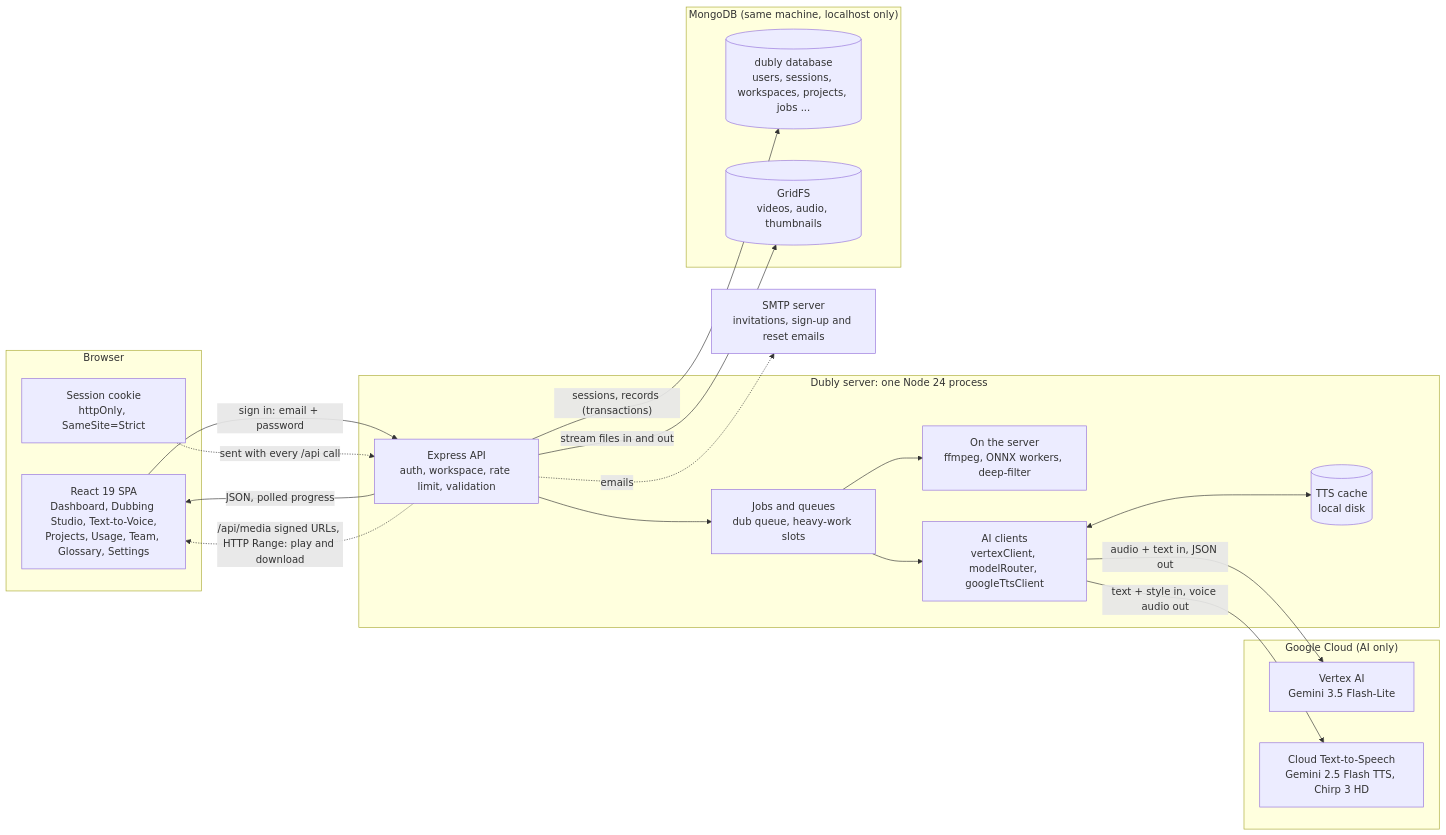
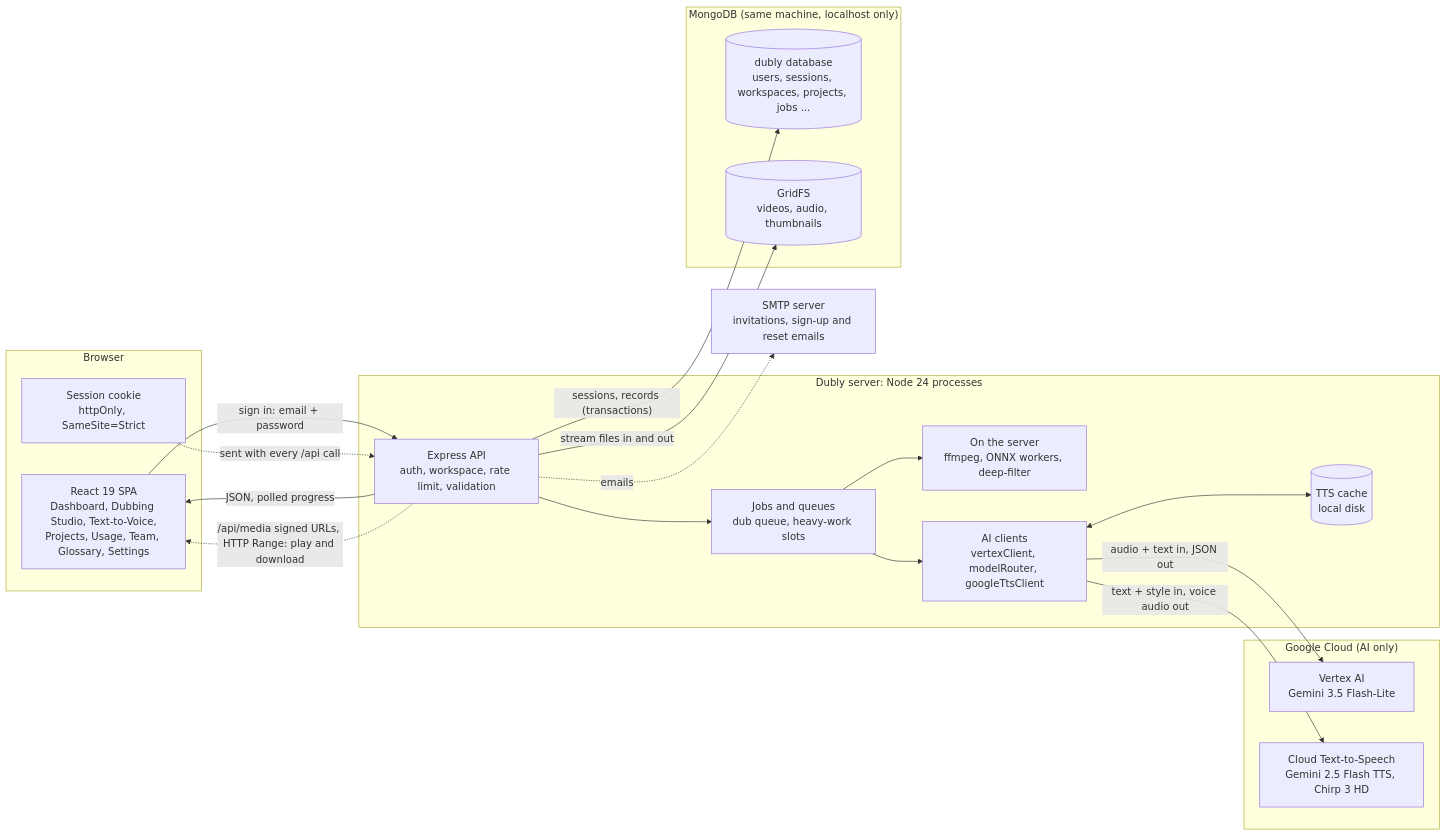
Before and after one commit to HarshScatterPie/dubly: the first of 2 diagrams in docs/ARCHITECTURE-AND-MODELS.md, drawn with Mermaid. The commit also changed other lines of this file and 61 other files, not shown here.

````diff
--- a/docs/ARCHITECTURE-AND-MODELS.md
+++ b/docs/ARCHITECTURE-AND-MODELS.md
@@ -28,41 +28,41 @@
 ```mermaid
 flowchart LR
   subgraph B["Browser"]
     SPA["React 19 SPA<br/>Dashboard, Dubbing Studio, Text-to-Voice,<br/>Projects, Usage, Team, Glossary, Settings"]
     COOKIE["Session cookie<br/>httpOnly, SameSite=Strict"]
   end
 
-  subgraph S["Dubly server: one Node 24 process"]
+  subgraph S["Dubly server: Node 24 processes"]
     API["Express API<br/>auth, workspace, rate limit, validation"]
     JOBS["Jobs and queues<br/>dub queue, heavy-work slots"]
     LOCAL["On the server<br/>ffmpeg, ONNX workers, deep-filter"]
     CLIENTS["AI clients<br/>vertexClient, modelRouter, googleTtsClient"]
     CACHE[("TTS cache<br/>local disk")]
   end
 
   subgraph M["MongoDB (same machine, localhost only)"]
     DB[("dubly database<br/>users, sessions, workspaces, projects, jobs ...")]
     GRID[("GridFS<br/>videos, audio, thumbnails")]
   end
 
   subgraph G["Google Cloud (AI only)"]
     VX["Vertex AI<br/>Gemini 3.5 Flash-Lite"]
     TTS["Cloud Text-to-Speech<br/>Gemini 2.5 Flash TTS, Chirp 3 HD"]
   end
 
   SMTP["SMTP server<br/>invitations, sign-up and reset emails"]
 
   SPA -->|"sign in: email + password"| API
   COOKIE -.->|"sent with every /api call"| API
   API -->|"JSON, polled progress"| SPA
   API -->|"sessions, records (transactions)"| DB
   API -->|"stream files in and out"| GRID
   API -.->|"/api/media signed URLs, HTTP Range: play and download"| SPA
   API --> JOBS
   JOBS --> LOCAL
   JOBS --> CLIENTS
   CLIENTS <--> CACHE
   CLIENTS -->|"audio + text in, JSON out"| VX
   CLIENTS -->|"text + style in, voice audio out"| TTS
   API -.->|"emails"| SMTP
 ```
````
